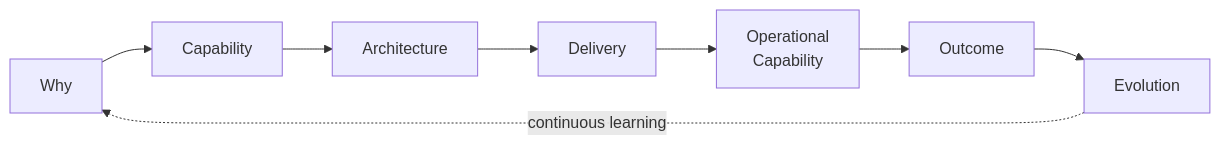
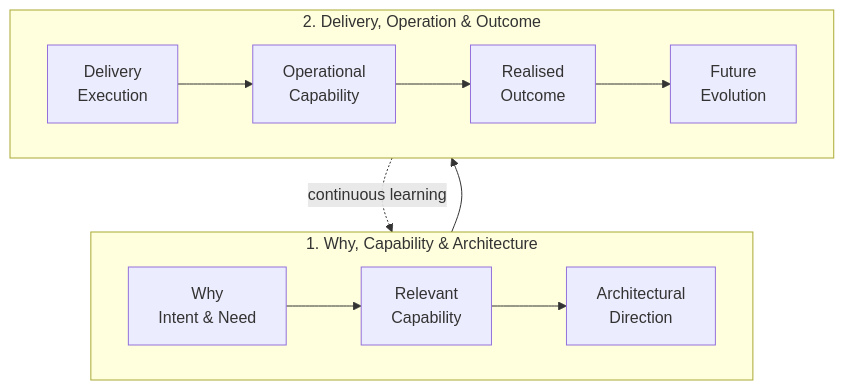
Diagram 11 of 11 in docs/sop/index.md (avfranco-br/portfolio), drawn with Mermaid before and after one commit. The commit also changed other lines of this file and 10 other files, not shown here.

Commit message:
Refactor Mermaid diagrams across SOP and methods documentation for legibility

````diff
--- a/docs/sop/index.md
+++ b/docs/sop/index.md
@@ -737,12 +738,17 @@
 ```mermaid
-flowchart LR
-    WHY["Why"]
-    CAP["Capability"]
-    ARCH["Architecture"]
-    DEL["Delivery"]
-    OP["Operational<br/>Capability"]
-    OUT["Outcome"]
-    EV["Evolution"]
-    WHY --> CAP --> ARCH --> DEL --> OP --> OUT --> EV
+flowchart TD
+    subgraph Intent_Direction["1. Why, Capability & Architecture"]
+        direction LR
+        WHY["Why<br/>Intent & Need"] --> CAP["Relevant<br/>Capability"]
+        CAP --> ARCH["Architectural<br/>Direction"]
+    end
+
+    subgraph Deliv_Real["2. Delivery, Operation & Outcome"]
+        direction LR
+        DEL["Delivery<br/>Execution"] --> OP["Operational<br/>Capability"]
+        OP --> OUT["Realised<br/>Outcome"] --> EV["Future<br/>Evolution"]
+    end
+
+    ARCH --> DEL
     EV -. "continuous learning" .-> WHY
 ```
````
